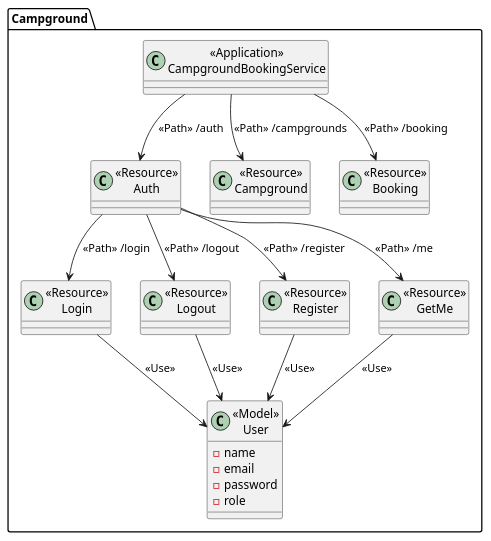
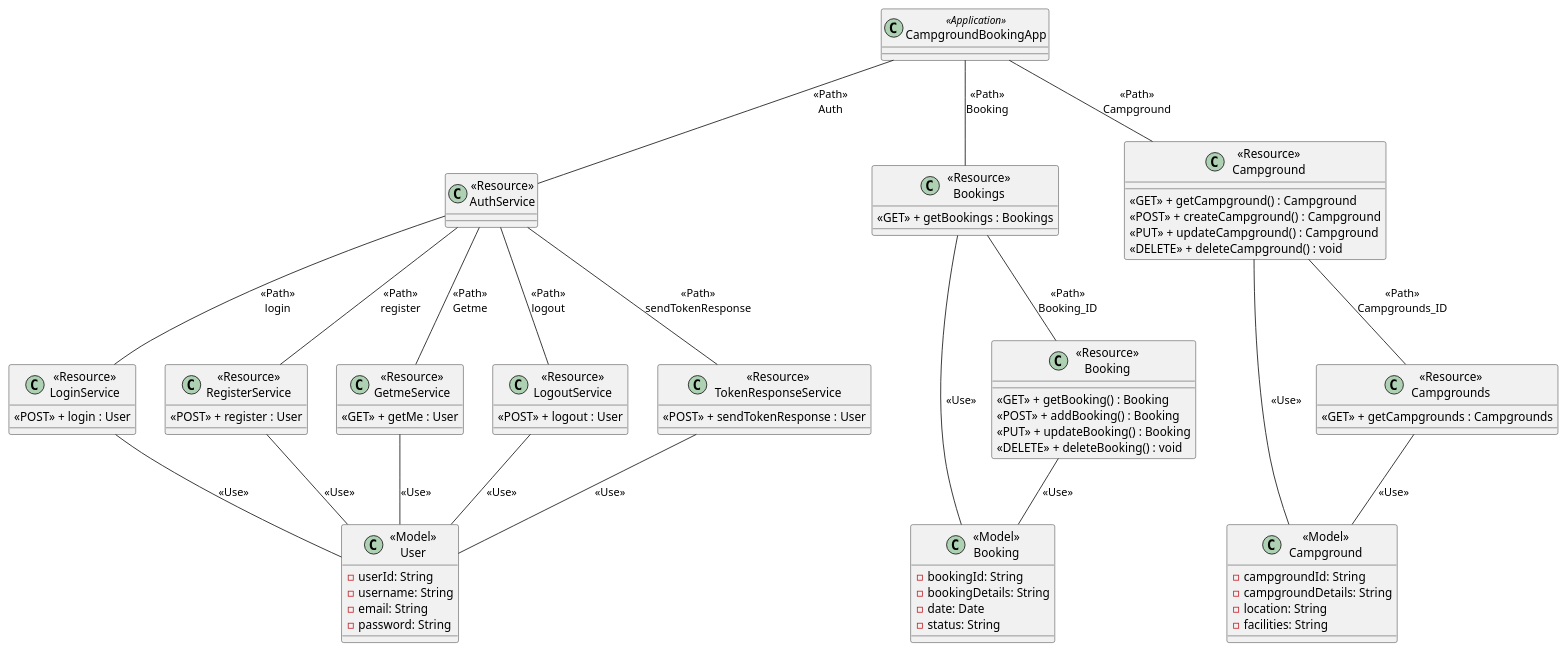
Before and after one commit to 2110503TACEDT66/presentation-day-1-becauseofyouicry: the diagram in Class diagram/ClassDiagram.puml, drawn with PlantUML. The commit also changed 1 other file, not shown here.

Commit message:
add class and sequence diagram

```diff
--- a/Class diagram/ClassDiagram.puml
+++ b/Class diagram/ClassDiagram.puml
@@ -1,50 +1,97 @@
 @startuml
 
-package "Campground" {
-    class "<<Application>>\nCampgroundBookingService" as BaseCampground {}
+class "CampgroundBookingApp" <<Application>> {
+}
 
-    class "<<Resource>>\nAuth" as ResourceAuth {}
+class "<<Resource>>\nAuthService" {
+}
 
-    class "<<Resource>>\nCampground" as ResourceCampground {}
+class "<<Resource>>\nLoginService" {
+  <<POST>> + login : User
+}
 
-    class "<<Resource>>\nBooking" as ResourceBooking {}
+class "<<Resource>>\nRegisterService" {
+  <<POST>> + register : User
+}
 
-    
+class "<<Resource>>\nGetmeService" {
+  <<GET>> + getMe : User
+}
 
-    class "<<Resource>>\nLogin" as rLogin {}
+class "<<Resource>>\nLogoutService" {
+  <<POST>> + logout : User
+}
 
-    class "<<Resource>>\nLogout" as rLogout {}
+class "<<Resource>>\nTokenResponseService" {
+  <<POST>> + sendTokenResponse : User
+}
 
-    class "<<Resource>>\nRegister" as rRegister {}
+class "<<Model>>\nUser" {
+  - userId: String
+  - username: String
+  - email: String
+  - password: String
+}
 
-    class "<<Resource>>\nGetMe" as rGetme {}
+class "<<Model>>\nBooking" {
+  - bookingId: String
+  - bookingDetails: String
+  - date: Date
+  - status: String
+}
 
-    class "<<Model>>\nUser" as ModelUser {
-        -name
-        -email
-        -password
-        -role
-    }
+class "<<Resource>>\nBooking" {
+    <<GET>> + getBooking() : Booking
+    <<POST>> + addBooking() : Booking
+    <<PUT>> + updateBooking() : Booking
+    <<DELETE>> + deleteBooking() : void
+}
+
+class "<<Resource>>\nBookings" {
+  <<GET>> + getBookings : Bookings
+}
+
+class "<<Model>>\nCampground" {
+  - campgroundId: String
+  - campgroundDetails: String
+  - location: String
+  - facilities: String
+}
+
+class "<<Resource>>\nCampground" {
+    <<GET>> + getCampground() : Campground
+    <<POST>> + createCampground() : Campground
+    <<PUT>> + updateCampground() : Campground
+    <<DELETE>> + deleteCampground() : void
+}
+
+class "<<Resource>>\nCampgrounds" {
+  <<GET>> + getCampgrounds : Campgrounds
+}
+
+"CampgroundBookingApp" -- "<<Resource>>\nAuthService" : <<Path>>\nAuth
+"CampgroundBookingApp" -- "<<Resource>>\nCampground" : <<Path>>\nCampground
+"CampgroundBookingApp" -- "<<Resource>>\nBookings" : <<Path>>\nBooking
+
+"<<Resource>>\nAuthService" -- "<<Resource>>\nLoginService" : <<Path>>\nlogin
+"<<Resource>>\nAuthService" -- "<<Resource>>\nRegisterService"  : <<Path>>\nregister
+"<<Resource>>\nAuthService" -- "<<Resource>>\nGetmeService"  : <<Path>>\nGetme
+"<<Resource>>\nAuthService" -- "<<Resource>>\nLogoutService"  : <<Path>>\nlogout
+"<<Resource>>\nAuthService" -- "<<Resource>>\nTokenResponseService"  : <<Path>>\nsendTokenResponse
+
+"<<Resource>>\nLoginService" -- "<<Model>>\nUser" : <<Use>>
+"<<Resource>>\nRegisterService" -- "<<Model>>\nUser" : <<Use>>
+"<<Resource>>\nGetmeService" -- "<<Model>>\nUser" : <<Use>>
+"<<Resource>>\nLogoutService" -- "<<Model>>\nUser" : <<Use>>
+"<<Resource>>\nTokenResponseService" -- "<<Model>>\nUser" : <<Use>>
+
+"<<Resource>>\nBookings" -- "<<Resource>>\nBooking" : <<Path>>\nBooking_ID
+"<<Resource>>\nBooking" -- "<<Model>>\nBooking" : <<Use>>
+"<<Resource>>\nBookings" -- "<<Model>>\nBooking" : <<Use>>
 
 
-    
-
-
-}
-
-BaseCampground --> ResourceAuth: "<<Path>> /auth"
-ResourceAuth --> rRegister: "<<Path>> /register"
-ResourceAuth --> rLogin: "<<Path>> /login"
-ResourceAuth --> rLogout: "<<Path>> /logout"
-ResourceAuth --> rGetme: "<<Path>> /me"
-
-
-rRegister --> ModelUser: "<<Use>>" 
-rLogin --> ModelUser: "<<Use>>" 
-rLogout --> ModelUser: "<<Use>>" 
-rGetme --> ModelUser: "<<Use>>" 
-
-BaseCampground --> ResourceCampground: "<<Path>> /campgrounds"
-BaseCampground --> ResourceBooking: "<<Path>> /booking"
+"<<Resource>>\nCampground" -- "<<Resource>>\nCampgrounds" : <<Path>>\nCampgrounds_ID
+"<<Resource>>\nCampground" -- "<<Model>>\nCampground" : <<Use>>
+"<<Resource>>\nCampgrounds" -- "<<Model>>\nCampground" : <<Use>>
 
 @enduml
```
